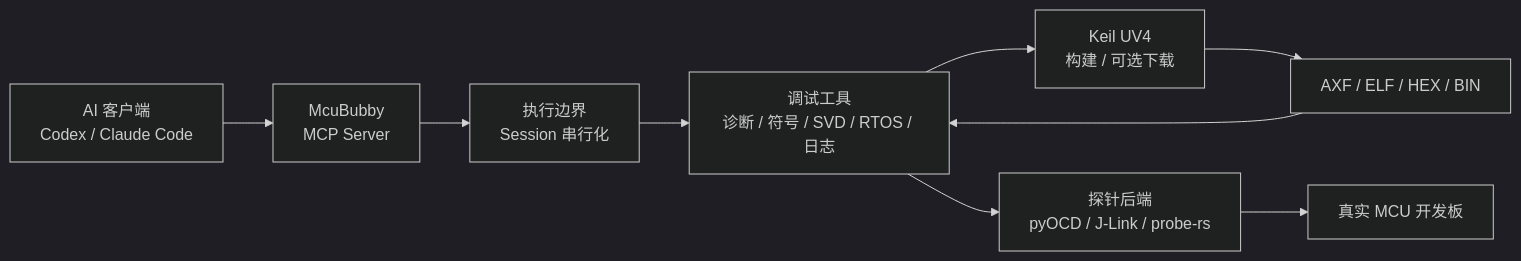
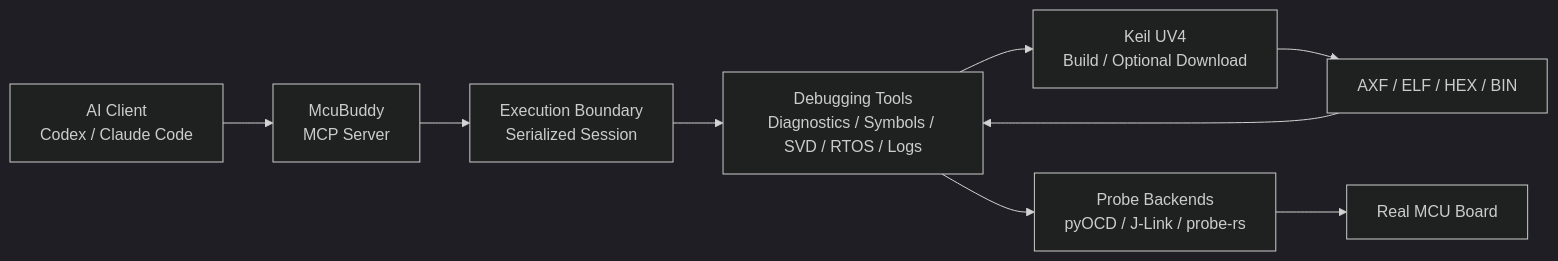
One commit to cunjun/mcudubby changed the diagram in README.md. Above: the diagram before and after it, drawn with Mermaid (dark theme). The commit also changed other lines of this file and 1 other file, not shown here.

First line of the commit message:
1、为 McuBuddy 提供中英文双语 README。

````diff
--- a/README.md
+++ b/README.md
@@ -44,11 +49,11 @@
 ```mermaid
 flowchart LR
-    AI["AI 客户端<br/>Codex / Claude Code"] --> MCP["McuBubby<br/>MCP Server"]
-    MCP --> EB["执行边界<br/>Session 串行化"]
-    EB --> TOOLS["调试工具<br/>诊断 / 符号 / SVD / RTOS / 日志"]
-    TOOLS --> KEIL["Keil UV4<br/>构建 / 可选下载"]
-    TOOLS --> PROBE["探针后端<br/>pyOCD / J-Link / probe-rs"]
+    AI["AI Client<br/>Codex / Claude Code"] --> MCP["McuBuddy<br/>MCP Server"]
+    MCP --> EB["Execution Boundary<br/>Serialized Session"]
+    EB --> TOOLS["Debugging Tools<br/>Diagnostics / Symbols / SVD / RTOS / Logs"]
+    TOOLS --> KEIL["Keil UV4<br/>Build / Optional Download"]
+    TOOLS --> PROBE["Probe Backends<br/>pyOCD / J-Link / probe-rs"]
     KEIL --> IMAGE["AXF / ELF / HEX / BIN"]
     IMAGE --> TOOLS
-    PROBE --> BOARD["真实 MCU 开发板"]
+    PROBE --> BOARD["Real MCU Board"]
 ```
````
